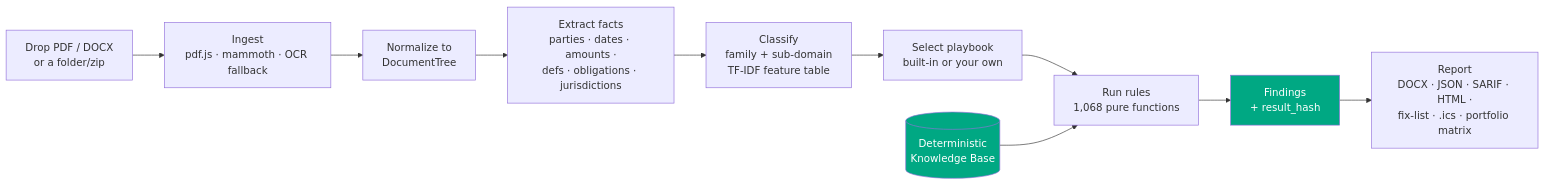
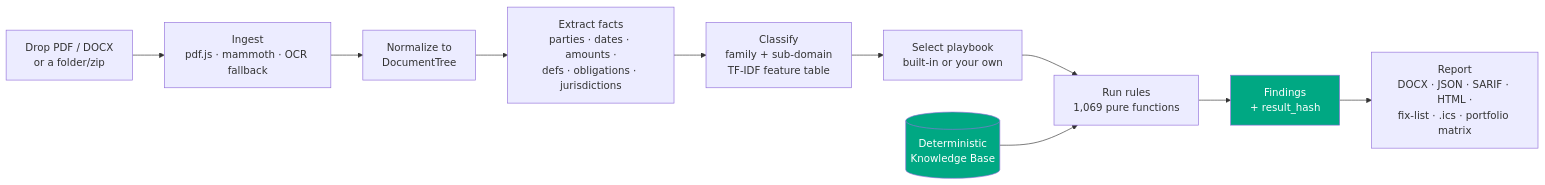
Before and after one commit to clay-good/vaulytica: the first of 11 diagrams in README.md, drawn with Mermaid. The commit also changed other lines of this file and 363 other files, not shown here.

````diff
--- a/README.md
+++ b/README.md
@@ -27,14 +27,14 @@
 ```mermaid
 flowchart LR
   A[Drop PDF / DOCX<br/>or a folder/zip] --> B[Ingest<br/>pdf.js · mammoth · OCR fallback]
   B --> C[Normalize to<br/>DocumentTree]
   C --> D[Extract facts<br/>parties · dates · amounts ·<br/>defs · obligations · jurisdictions]
   D --> E[Classify<br/>family + sub-domain<br/>TF-IDF feature table]
   E --> F[Select playbook<br/>built-in or your own]
-  F --> G[Run rules<br/>1,068 pure functions]
+  F --> G[Run rules<br/>1,069 pure functions]
   G --> H[Findings<br/>+ result_hash]
   H --> I[Report<br/>DOCX · JSON · SARIF · HTML ·<br/>fix-list · .ics · portfolio matrix]
   K[(Deterministic<br/>Knowledge Base)] --> G
   style K fill:#00A883,color:#fff
   style H fill:#00A883,color:#fff
 ```
````
